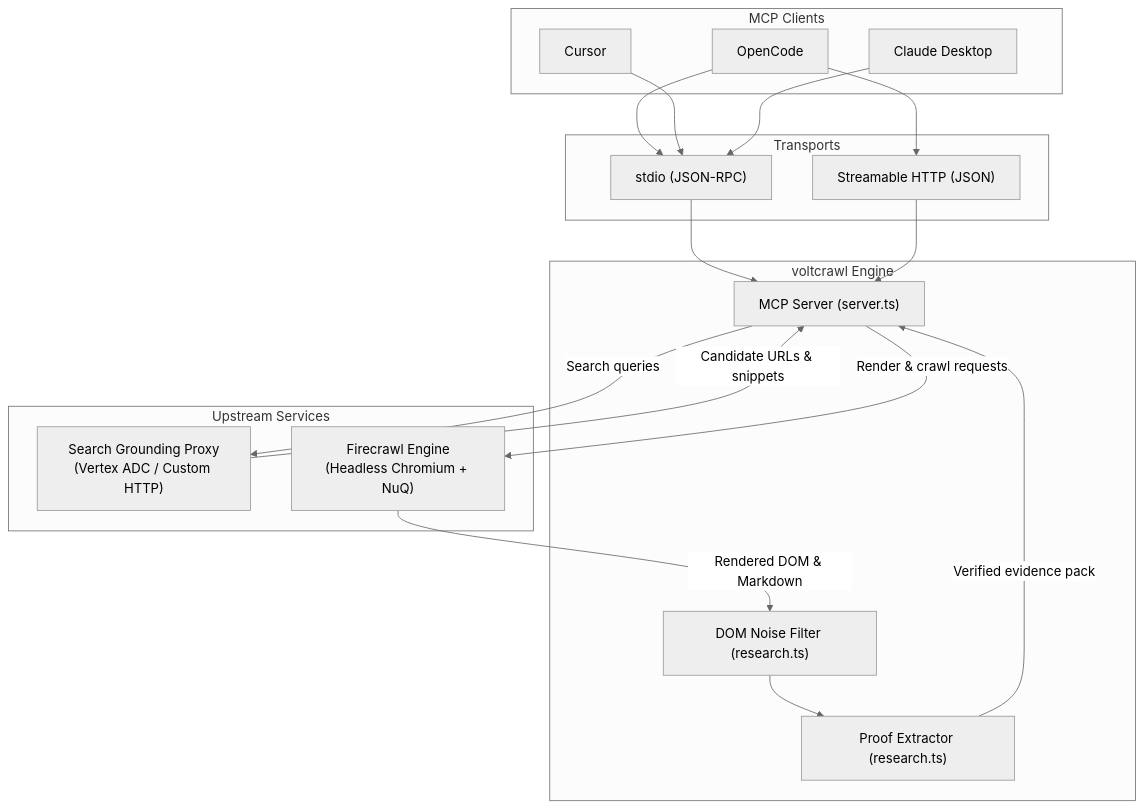
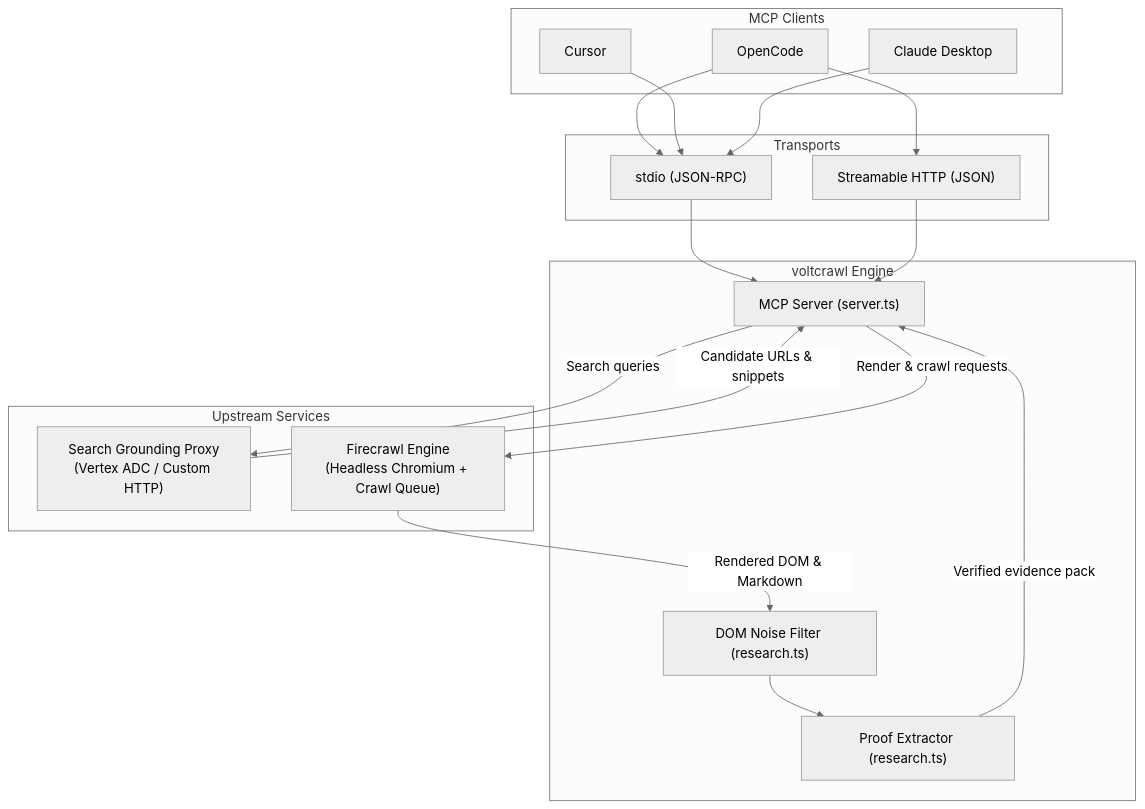
One commit to adi-IL/voltcrawl changed the first of 3 diagrams in README.md. Above: the diagram before and after it, drawn with Mermaid (neutral theme). The commit also changed other lines of this file and 16 other files, not shown here.

````diff
--- a/README.md
+++ b/README.md
@@ -15,40 +15,40 @@
 ```mermaid
 flowchart TD
     subgraph Clients["MCP Clients"]
         OpenCode["OpenCode"]
         Cursor["Cursor"]
         Claude["Claude Desktop"]
     end
 
     subgraph Transports["Transports"]
         Stdio["stdio (JSON-RPC)"]
         StreamableHTTP["Streamable HTTP (JSON)"]
     end
 
     subgraph Core["voltcrawl Engine"]
         Server["MCP Server (server.ts)"]
         NoiseFilter["DOM Noise Filter (research.ts)"]
         ProofExtractor["Proof Extractor (research.ts)"]
     end
 
     subgraph Upstream["Upstream Services"]
         SearchProxy["Search Grounding Proxy<br/>(Vertex ADC / Custom HTTP)"]
-        Firecrawl["Firecrawl Engine<br/>(Headless Chromium + NuQ)"]
+        Firecrawl["Firecrawl Engine<br/>(Headless Chromium + Crawl Queue)"]
     end
 
     OpenCode --> Stdio
     Cursor --> Stdio
     Claude --> Stdio
     OpenCode --> StreamableHTTP
 
     Stdio --> Server
     StreamableHTTP --> Server
 
     Server -->|"Search queries"| SearchProxy
     SearchProxy -->|"Candidate URLs & snippets"| Server
     Server -->|"Render & crawl requests"| Firecrawl
 
     Firecrawl -->|"Rendered DOM & Markdown"| NoiseFilter
     NoiseFilter --> ProofExtractor
     ProofExtractor -->|"Verified evidence pack"| Server
 ```
````
